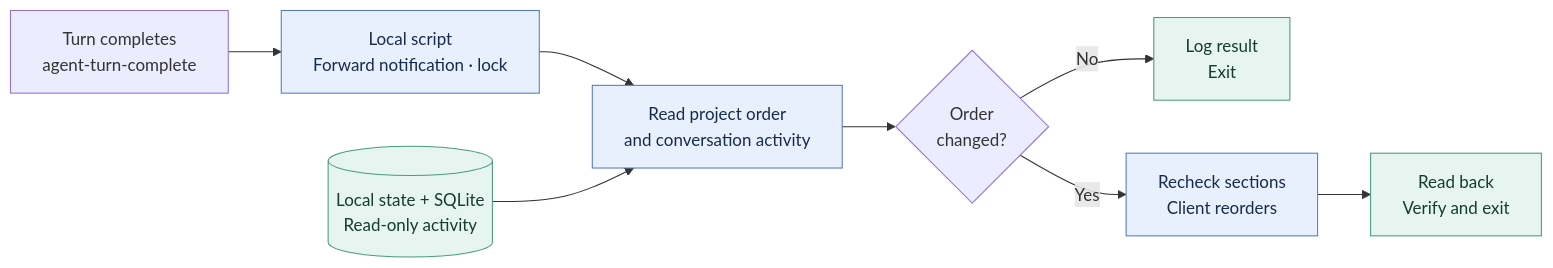
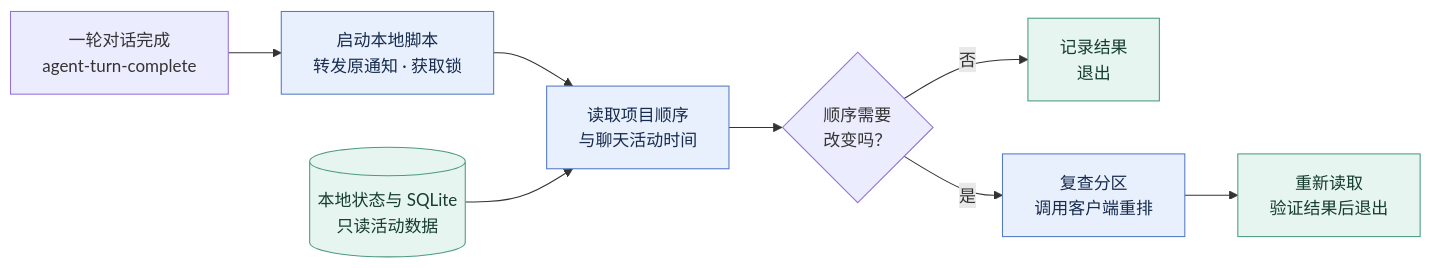
Before and after one commit to flyl1u/CodexPulse: the diagram in README.md, drawn with Mermaid. The commit also changed other lines of this file and 4 other files, not shown here.

````diff
--- a/README.md
+++ b/README.md
@@ -51,14 +49,14 @@
 ```mermaid
 flowchart LR
-    A["Turn completes<br/>agent-turn-complete"] --> B["Local script<br/>Forward notification · lock"]
-    B --> C["Read project order<br/>and conversation activity"]
-    S[("Local state + SQLite<br/>Read-only activity")] --> C
-    C --> D{"Order<br/>changed?"}
-    D -->|No| E["Log result<br/>Exit"]
-    D -->|Yes| F["Recheck sections<br/>Client reorders"]
-    F --> G["Read back<br/>Verify and exit"]
+    A["一轮对话完成<br/>agent-turn-complete"] --> B["启动本地脚本<br/>转发原通知 · 获取锁"]
+    B --> C["读取项目顺序<br/>与聊天活动时间"]
+    S[("本地状态与 SQLite<br/>只读活动数据")] --> C
+    C --> D{"顺序需要<br/>改变吗？"}
+    D -->|否| E["记录结果<br/>退出"]
+    D -->|是| F["复查分区<br/>调用客户端重排"]
+    F --> G["重新读取<br/>验证结果后退出"]
     classDef service fill:#e8f0fe,stroke:#547ac4,color:#172b4d
     classDef storage fill:#e6f5ef,stroke:#4b9b7e,color:#153c2e
     class B,C,F service
     class S,E,G storage
 ```
````
